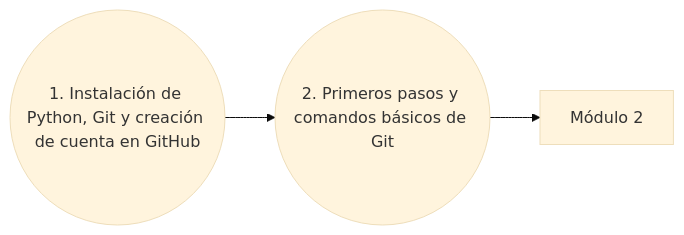
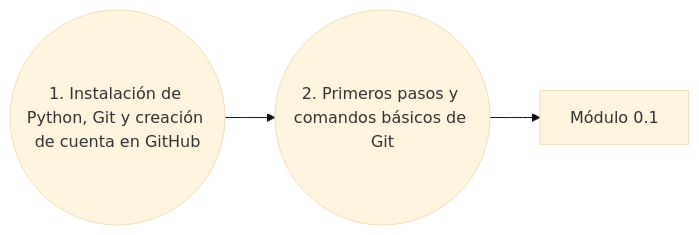
One commit to DevsdeCero-channel/ruta-aprendizaje-python changed the diagram in docs/modulo00-herramientas-fundamentales.md. Above: the diagram before and after it, drawn with Mermaid (base theme).

Commit message:
modulo00-herramientas-fundamentales.md

````diff
--- a/docs/modulo00-herramientas-fundamentales.md
+++ b/docs/modulo00-herramientas-fundamentales.md
@@ -12,4 +12,4 @@
 ```mermaid
 graph LR
-    V1((1. Instalación de Python, Git y creación de cuenta en GitHub)) --> V2((2. Primeros pasos y comandos básicos de Git))--> M2[ Módulo 2]
+    V1((1. Instalación de Python, Git y creación de cuenta en GitHub)) --> V2((2. Primeros pasos y comandos básicos de Git))--> M2[ Módulo 0.1 ]
 ```
````
